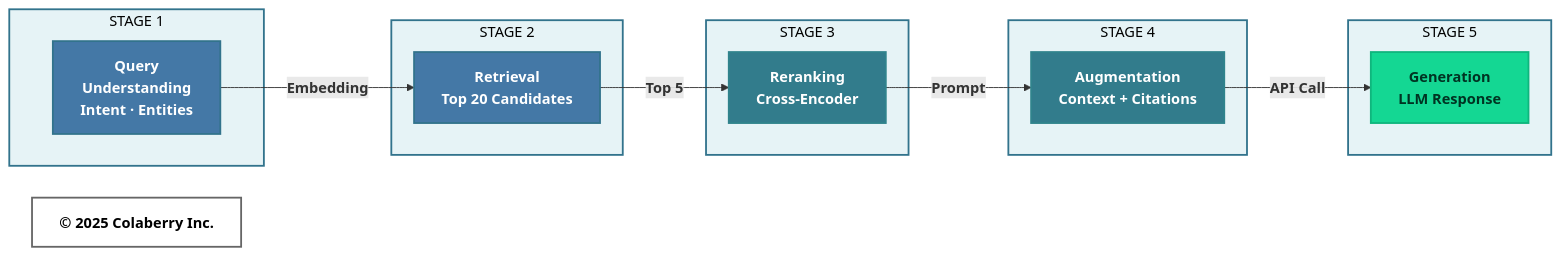
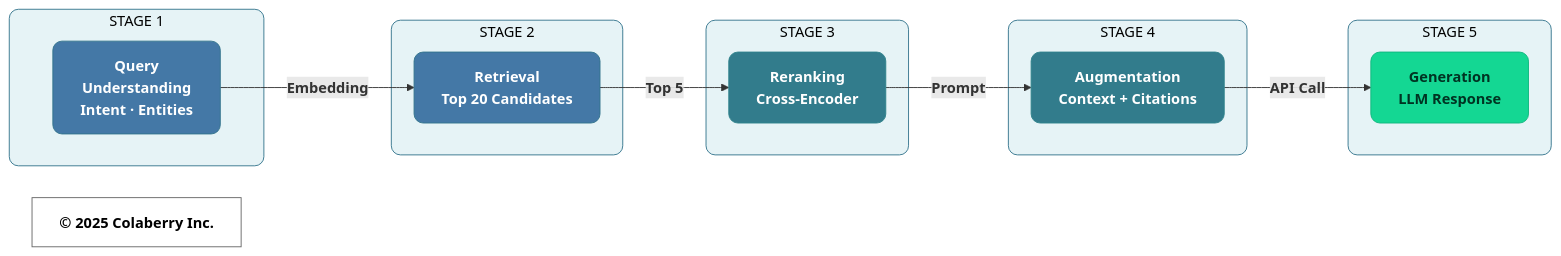
One commit to colaberry/trust-before-intelligence-book changed the fifth of 7 diagrams in manuscript/11_chapter_10_week_by_week_implementation.md. Above: the diagram before and after it, drawn with Mermaid. The commit also changed other lines of this file and 12 other files, not shown here.

````diff
--- a/manuscript/11_chapter_10_week_by_week_implementation.md
+++ b/manuscript/11_chapter_10_week_by_week_implementation.md
@@ -862,38 +862,38 @@
 ```mermaid
 graph LR
     subgraph STAGE1["STAGE 1"]
         S1["<b>Query<br/>Understanding</b><br/><b>Intent · Entities</b>"]
     end
     
     subgraph STAGE2["STAGE 2"]
         S2["<b>Retrieval</b><br/><b>Top 20 Candidates</b>"]
     end
     
     subgraph STAGE3["STAGE 3"]
         S3["<b>Reranking</b><br/><b>Cross-Encoder</b>"]
     end
     
     subgraph STAGE4["STAGE 4"]
         S4["<b>Augmentation</b><br/><b>Context + Citations</b>"]
     end
     
     subgraph STAGE5["STAGE 5"]
         S5["<b>Generation</b><br/><b>LLM Response</b>"]
     end
     
     S1 -->|<b>Embedding</b>| S2 -->|<b>Top 5</b>| S3 -->|<b>Prompt</b>| S4 -->|<b>API Call</b>| S5
     
     Copyright["<b>© 2025 Colaberry Inc.</b>"]
     
-    style STAGE1 fill:#E6F3F6,stroke:#32738C,stroke-width:2px,color:#000000
-    style STAGE2 fill:#E6F3F6,stroke:#32738C,stroke-width:2px,color:#000000
-    style STAGE3 fill:#E6F3F6,stroke:#32738C,stroke-width:2px,color:#000000
-    style STAGE4 fill:#E6F3F6,stroke:#32738C,stroke-width:2px,color:#000000
-    style STAGE5 fill:#E6F3F6,stroke:#32738C,stroke-width:2px,color:#000000
-    style S1 fill:#4478A6,stroke:#32738C,stroke-width:2px,color:#ffffff
-    style S2 fill:#4478A6,stroke:#32738C,stroke-width:2px,color:#ffffff
-    style S3 fill:#327C8C,stroke:#30838C,stroke-width:2px,color:#ffffff
-    style S4 fill:#327C8C,stroke:#30838C,stroke-width:2px,color:#ffffff
-    style S5 fill:#14D793,stroke:#0FB67D,stroke-width:2px,color:#003322
-    style Copyright fill:#ffffff,stroke:#666666,stroke-width:2px,color:#000000
+    style STAGE1 fill:#E6F3F6,stroke:#32738C,stroke-width:1px,color:#000000,rx:10,ry:10
+    style STAGE2 fill:#E6F3F6,stroke:#32738C,stroke-width:1px,color:#000000,rx:10,ry:10
+    style STAGE3 fill:#E6F3F6,stroke:#32738C,stroke-width:1px,color:#000000,rx:10,ry:10
+    style STAGE4 fill:#E6F3F6,stroke:#32738C,stroke-width:1px,color:#000000,rx:10,ry:10
+    style STAGE5 fill:#E6F3F6,stroke:#32738C,stroke-width:1px,color:#000000,rx:10,ry:10
+    style S1 fill:#4478A6,stroke:#32738C,stroke-width:1px,color:#ffffff,rx:10,ry:10
+    style S2 fill:#4478A6,stroke:#32738C,stroke-width:1px,color:#ffffff,rx:10,ry:10
+    style S3 fill:#327C8C,stroke:#30838C,stroke-width:1px,color:#ffffff,rx:10,ry:10
+    style S4 fill:#327C8C,stroke:#30838C,stroke-width:1px,color:#ffffff,rx:10,ry:10
+    style S5 fill:#14D793,stroke:#0FB67D,stroke-width:1px,color:#003322,rx:10,ry:10
+    style Copyright fill:none,stroke:#666666,stroke-width:1px,color:#000000
 ```
````
